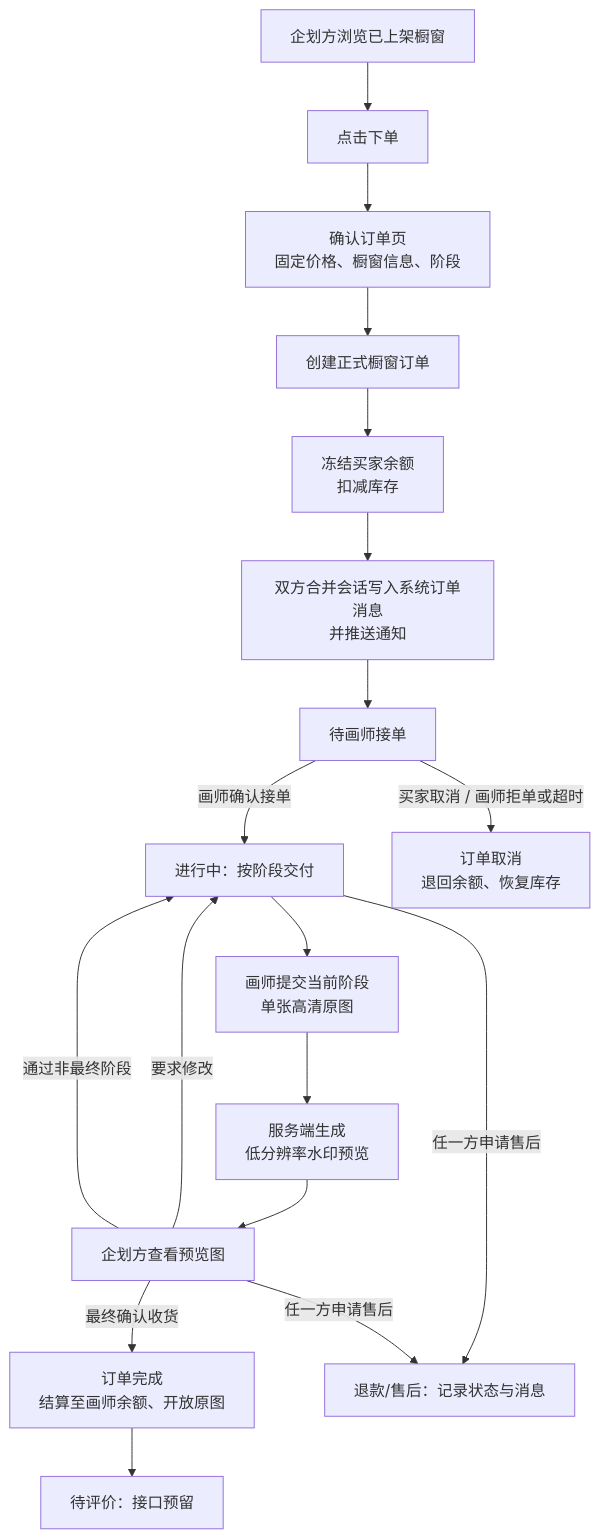
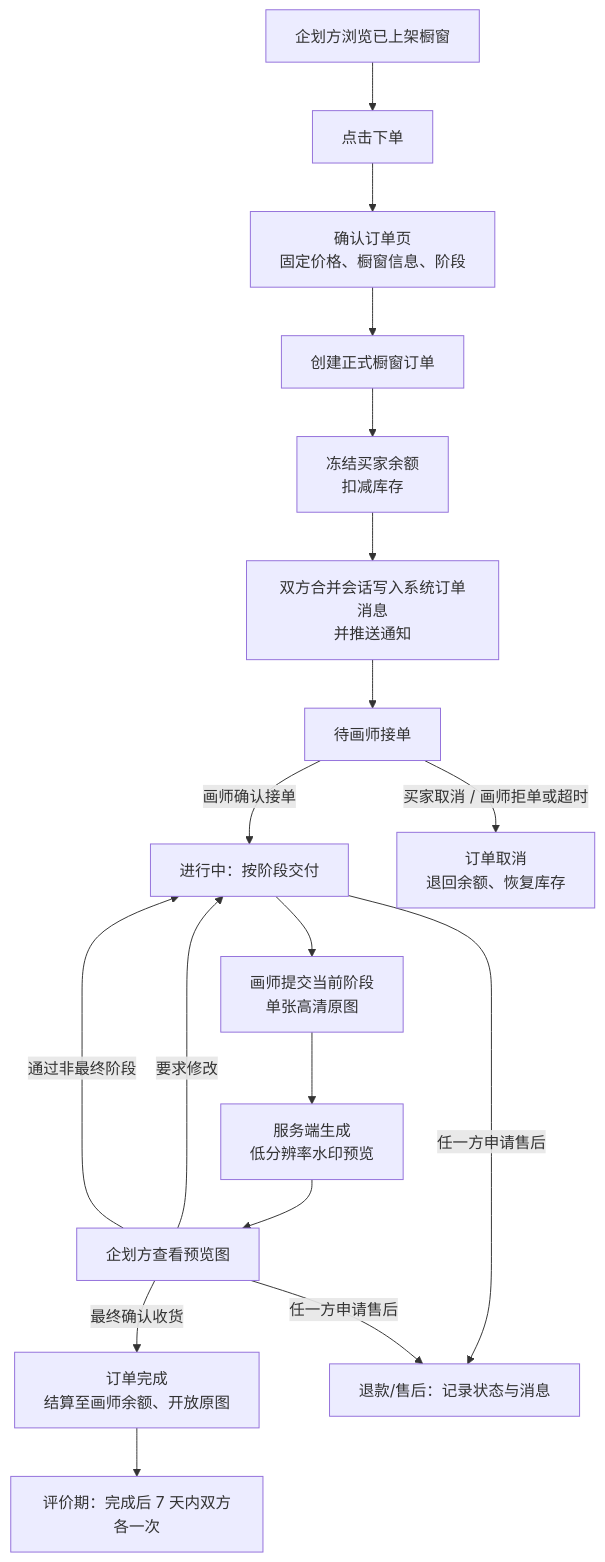
One commit to shizunana/Artiv changed the first of 2 diagrams in docs/橱窗订单交易流程.md. Above: the diagram before and after it, drawn with Mermaid. The commit also changed other lines of this file and 15 other files, not shown here.

````diff
--- a/docs/橱窗订单交易流程.md
+++ b/docs/橱窗订单交易流程.md
@@ -80,21 +80,21 @@
 ```mermaid
 flowchart TD
   A[企划方浏览已上架橱窗] --> B[点击下单]
   B --> C[确认订单页\n固定价格、橱窗信息、阶段]
   C --> D[创建正式橱窗订单]
   D --> E[冻结买家余额\n扣减库存]
   E --> F[双方合并会话写入系统订单消息\n并推送通知]
   F --> G[待画师接单]
 
   G -->|画师确认接单| H[进行中：按阶段交付]
   G -->|买家取消 / 画师拒单或超时| X[订单取消\n退回余额、恢复库存]
   H --> I[画师提交当前阶段\n单张高清原图]
   I --> I1[服务端生成\n低分辨率水印预览]
   I1 --> J[企划方查看预览图]
   J -->|要求修改| H
   J -->|通过非最终阶段| H
   J -->|最终确认收货| K[订单完成\n结算至画师余额、开放原图]
-  K --> L[待评价：接口预留]
+  K --> L[评价期：完成后 7 天内双方各一次]
   H -->|任一方申请售后| N[退款/售后：记录状态与消息]
   J -->|任一方申请售后| N
 ```
````
